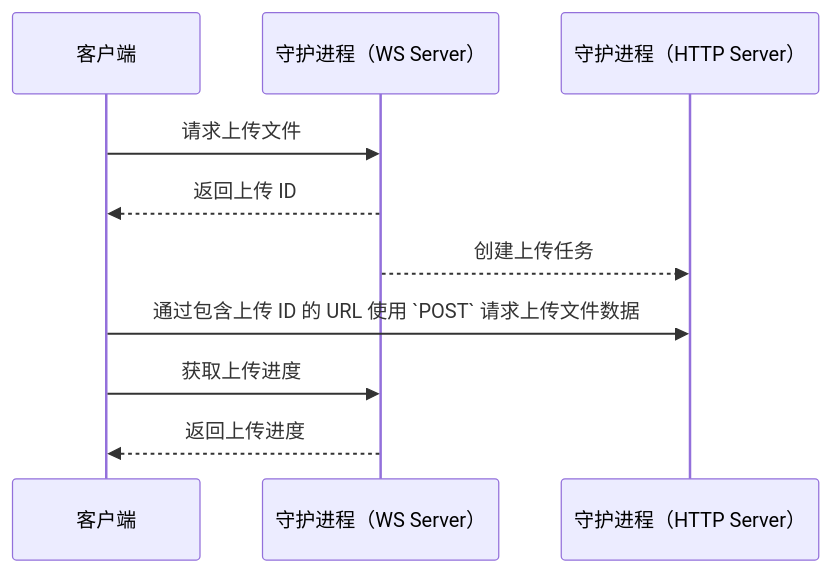
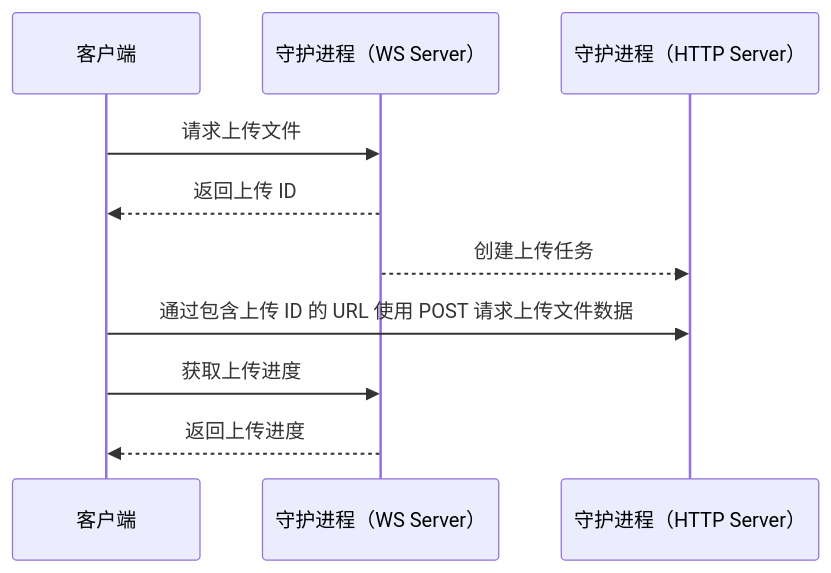
The first of 2 diagrams in topics/file-transfer.md (MCSLTeam/mcsl-future-protocol), drawn with Mermaid before and after one commit. The commit also changed other lines of this file and 5 other files, not shown here.

````diff
--- a/topics/file-transfer.md
+++ b/topics/file-transfer.md
@@ -11,9 +11,9 @@
 ```mermaid
 sequenceDiagram
     客户端 ->> 守护进程（WS Server）: 请求上传文件
     守护进程（WS Server） -->> 客户端: 返回上传 ID
     守护进程（WS Server） -->> 守护进程（HTTP Server）: 创建上传任务
-    客户端 ->> 守护进程（HTTP Server）: 通过包含上传 ID 的 URL 使用 `POST` 请求上传文件数据
+    客户端 ->> 守护进程（HTTP Server）: 通过包含上传 ID 的 URL 使用 POST 请求上传文件数据
     客户端 ->> 守护进程（WS Server）: 获取上传进度
     守护进程（WS Server） -->> 客户端: 返回上传进度
 ```
````
